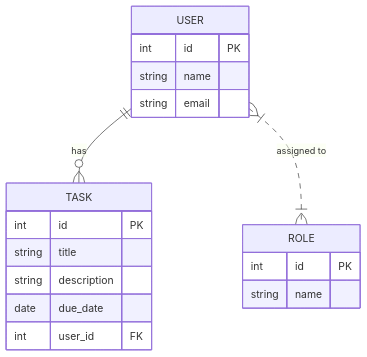
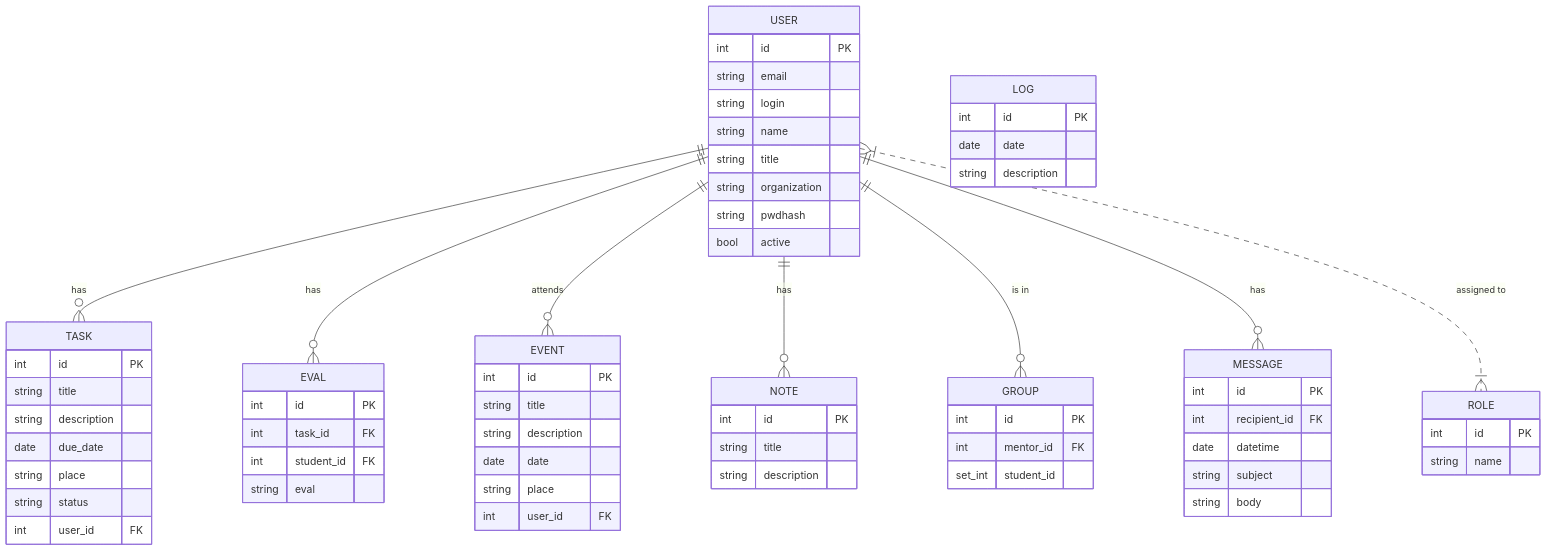
The diagram in docs/analysis/erd.md (pb138-study-manager/pb138), drawn with Mermaid before and after one commit. The commit also changed 2 other files, not shown here.

Commit message:
add: entity-relationship diagram

````diff
--- a/docs/analysis/erd.md
+++ b/docs/analysis/erd.md
@@ -7,25 +7,79 @@
 ```mermaid
 erDiagram
     USER {
         int id PK
+        string email
+        string login
         string name
-        string email
+        string title
+        string organization
+        string pwdhash
+        bool active
+    }
+
+    GROUP {
+        int id PK
+        int mentor_id FK
+        set_int student_id
     }
 
     TASK {
         int id PK
         string title
         string description
         date due_date
+        string place
+        string status
         int user_id FK
+    }
+
+    EVAL {
+        int id PK
+        int task_id FK
+        int student_id FK
+        string eval
+    }
+
+    EVENT {
+        int id PK
+        string title
+        string description
+        date date
+        string place
+        int user_id FK
+    }
+
+    NOTE {
+        int id PK
+        string title
+        string description
+    }
+
+    MESSAGE {
+        int id PK
+        int recipient_id FK
+        date datetime
+        string subject
+        string body
     }
 
     ROLE {
         int id PK
         string name
     }
 
+    LOG {
+        int id PK
+        date date
+        string description
+    }
+
     %% Relationships
     USER ||--o{ TASK : "has"
+    USER ||--o{ EVAL : "has"
+    USER ||--o{ EVENT : "attends"
+    USER ||--o{ NOTE : "has"
+    USER ||--o{ GROUP : "is in"
+    USER ||--o{ MESSAGE : "has"
     USER }|..|{ ROLE : "assigned to"
 ```
````
